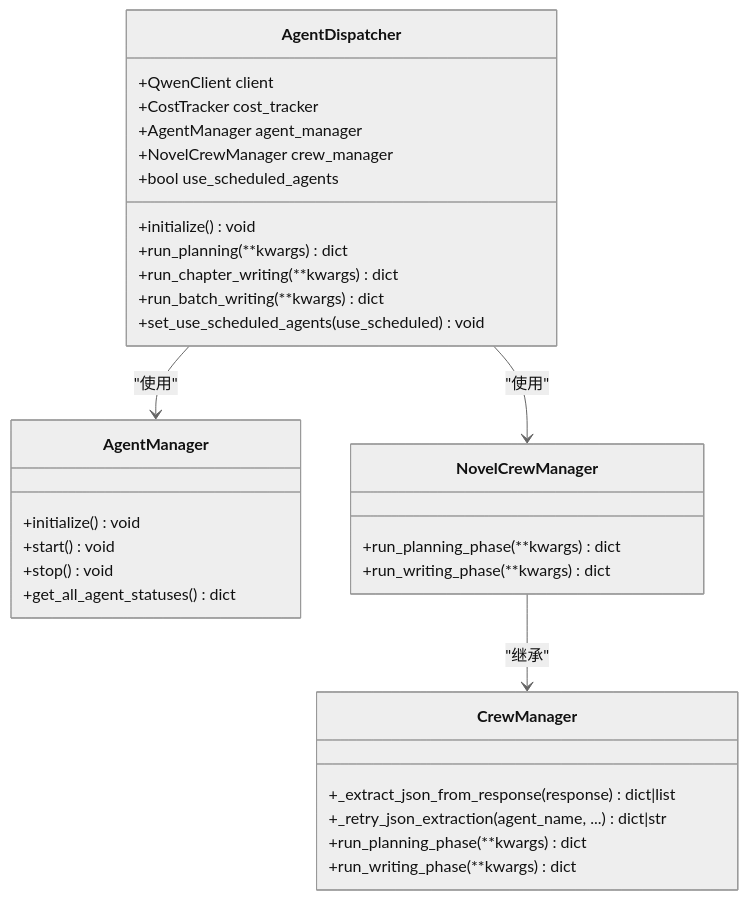
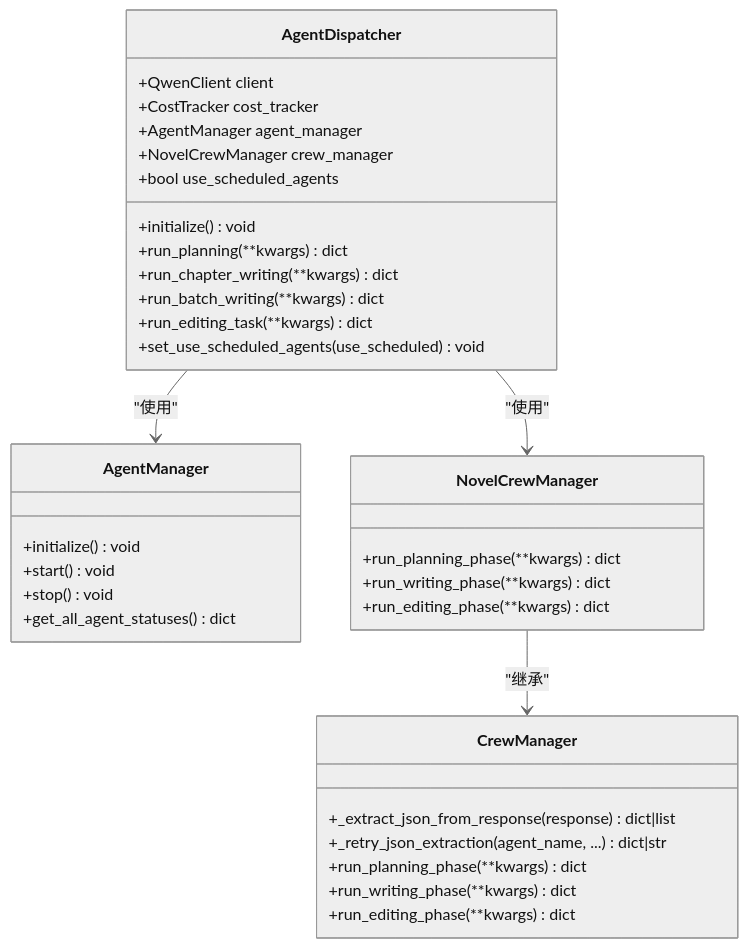
The eighth of 11 diagrams in .qoder/repowiki/zh/content/Generation Service.md (xfbyxq/ai-novel-system), drawn with Mermaid (neutral theme) before and after one commit. The commit also changed other lines of this file and 17 other files, not shown here.

````diff
--- a/.qoder/repowiki/zh/content/Generation Service.md
+++ b/.qoder/repowiki/zh/content/Generation Service.md
@@ -316,34 +360,37 @@
 ```mermaid
 classDiagram
 class AgentDispatcher {
 +QwenClient client
 +CostTracker cost_tracker
 +AgentManager agent_manager
 +NovelCrewManager crew_manager
 +bool use_scheduled_agents
 +initialize() void
 +run_planning(**kwargs) dict
 +run_chapter_writing(**kwargs) dict
 +run_batch_writing(**kwargs) dict
++run_editing_task(**kwargs) dict
 +set_use_scheduled_agents(use_scheduled) void
 }
 class AgentManager {
 +initialize() void
 +start() void
 +stop() void
 +get_all_agent_statuses() dict
 }
 class NovelCrewManager {
 +run_planning_phase(**kwargs) dict
 +run_writing_phase(**kwargs) dict
++run_editing_phase(**kwargs) dict
 }
 class CrewManager {
 +_extract_json_from_response(response) dict|list
 +_retry_json_extraction(agent_name, ...) dict|str
 +run_planning_phase(**kwargs) dict
 +run_writing_phase(**kwargs) dict
++run_editing_phase(**kwargs) dict
 }
 AgentDispatcher --> AgentManager : "使用"
 AgentDispatcher --> NovelCrewManager : "使用"
 NovelCrewManager --> CrewManager : "继承"
 ```
````
